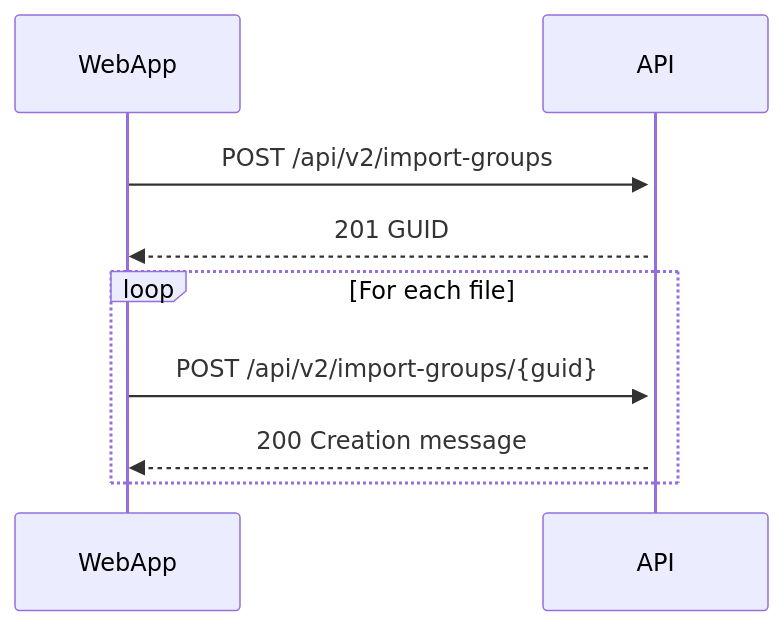
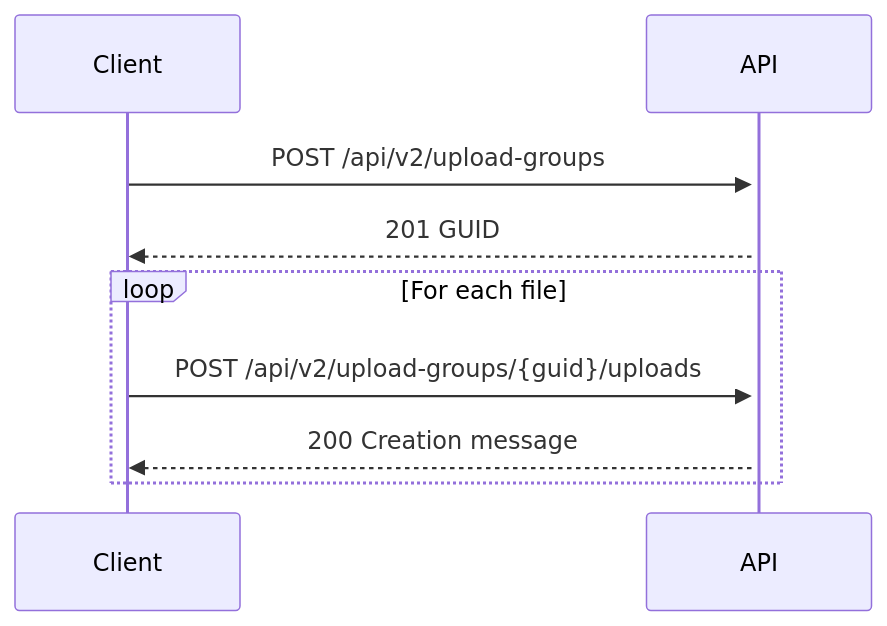
The second of 2 diagrams in docs/specs/upload-process/index.md (mx2913/funkwhale), drawn with Mermaid before and after one commit. The commit also changed other lines of this file, not shown here.

Commit message:
Update spec to use "upload-group"

````diff
--- a/docs/specs/upload-process/index.md
+++ b/docs/specs/upload-process/index.md
@@ -115,9 +103,9 @@
 ```{mermaid}
 sequenceDiagram
-  WebApp->>+API: POST /api/v2/import-groups
-  API-->>WebApp: 201 GUID
+  Client->>+API: POST /api/v2/upload-groups
+  API-->>Client: 201 GUID
   loop For each file
-    WebApp->>API: POST /api/v2/import-groups/{guid}
-    API-->>WebApp: 200 Creation message
+    Client->>API: POST /api/v2/upload-groups/{guid}/uploads
+    API-->>Client: 200 Creation message
   end
 ```
````
